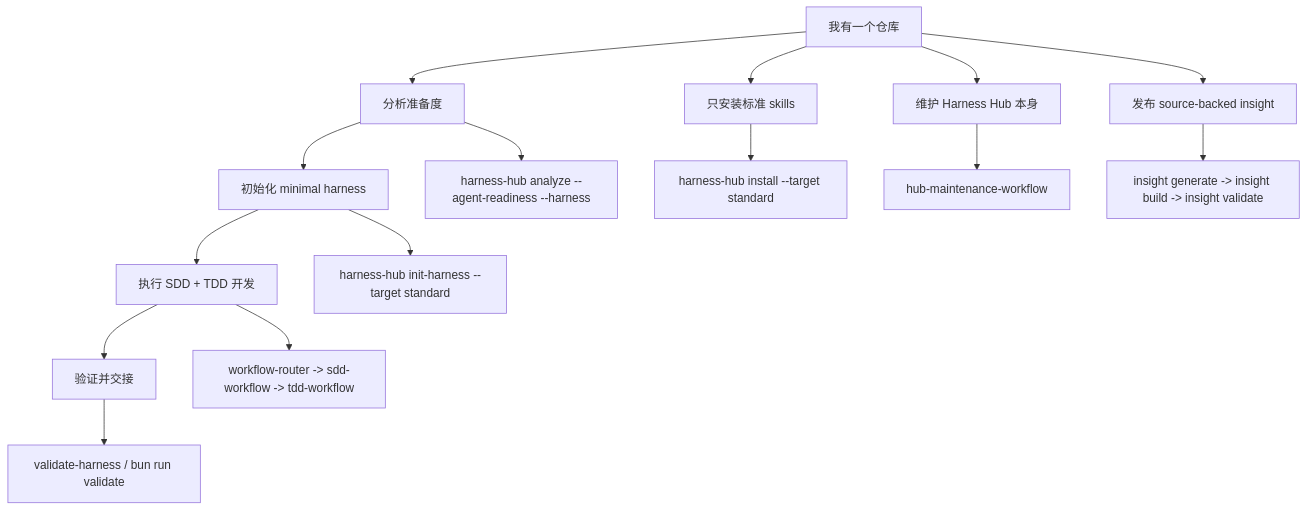
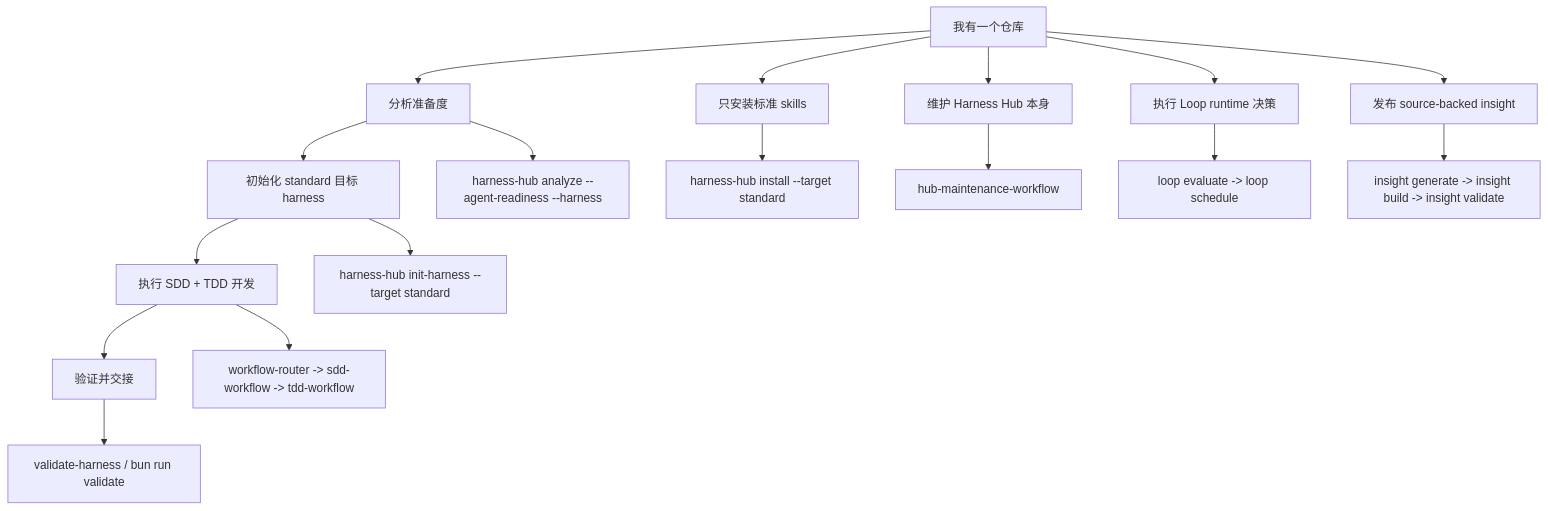
Before and after one commit to JasonxzWen/harness-hub: the diagram in README.zh-CN.md, drawn with Mermaid. The commit also changed other lines of this file and 27 other files, not shown here.

Commit message:
Add loop runtime and standard target boundary

````diff
--- a/README.zh-CN.md
+++ b/README.zh-CN.md
@@ -30,19 +31,21 @@
 ```mermaid
 flowchart TD
   Start["我有一个仓库"] --> Analyze["分析准备度"]
-  Analyze --> Init["初始化 minimal harness"]
+  Analyze --> Init["初始化 standard 目标 harness"]
   Init --> Work["执行 SDD + TDD 开发"]
   Work --> Validate["验证并交接"]
 
   Start --> Skills["只安装标准 skills"]
   Start --> Maintain["维护 Harness Hub 本身"]
+  Start --> Loop["执行 Loop runtime 决策"]
   Start --> Insight["发布 source-backed insight"]
 
   Analyze --> A1["harness-hub analyze --agent-readiness --harness"]
   Init --> I1["harness-hub init-harness --target standard"]
   Skills --> S1["harness-hub install --target standard"]
   Work --> W1["workflow-router -> sdd-workflow -> tdd-workflow"]
   Validate --> V1["validate-harness / bun run validate"]
   Maintain --> M1["hub-maintenance-workflow"]
+  Loop --> L1["loop evaluate -> loop schedule"]
   Insight --> P1["insight generate -> insight build -> insight validate"]
 ```
````
